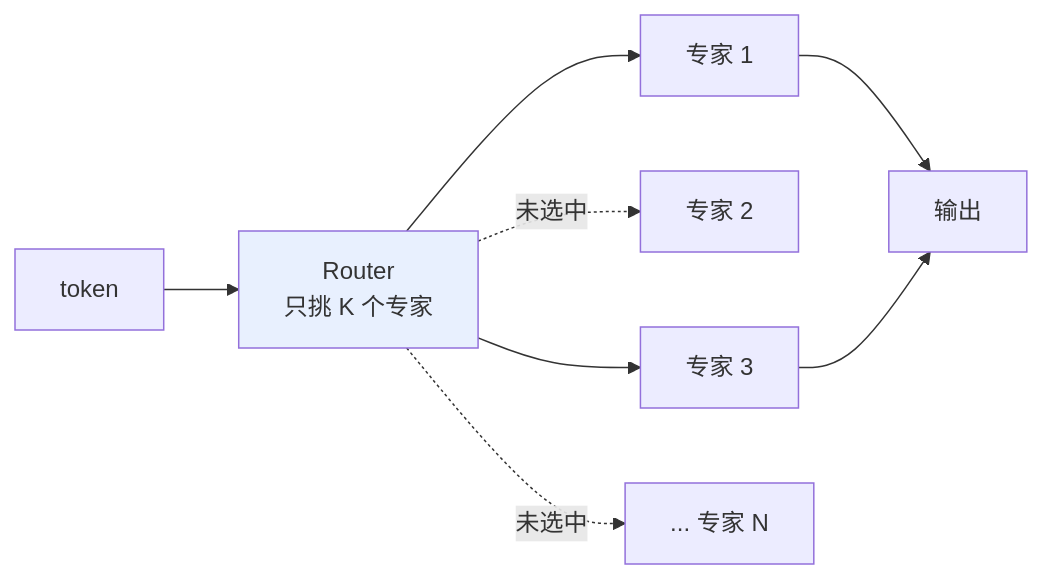
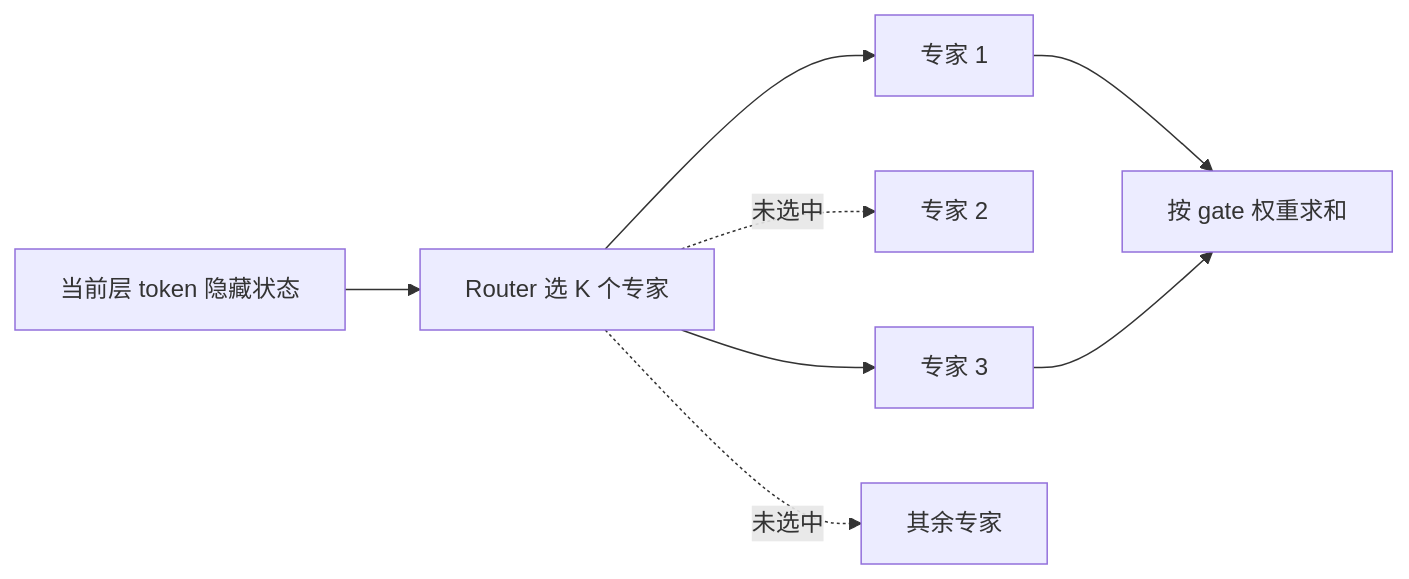
Before and after one commit to oneleaveknowsthefall/awesome-ai-roadmap: the first of 2 diagrams in docs/llm/03-inference-serving/19-moe.md, drawn with Mermaid. The commit also changed other lines of this file and 45 other files, not shown here.

````diff
--- a/docs/llm/03-inference-serving/19-moe.md
+++ b/docs/llm/03-inference-serving/19-moe.md
@@ -19,12 +17,10 @@
 ```mermaid
 flowchart LR
-    T["token"] --> R["Router<br/>只挑 K 个专家"]
+    T["当前层 token 隐藏状态"] --> R["Router 选 K 个专家"]
     R --> E1["专家 1"]
     R -.未选中.-> E2["专家 2"]
     R --> E3["专家 3"]
-    R -.未选中.-> EN["... 专家 N"]
-    E1 --> O["输出"]
+    R -.未选中.-> EN["其余专家"]
+    E1 --> O["按 gate 权重求和"]
     E3 --> O
-
-    style R fill:#e8f0fe
 ```
````
